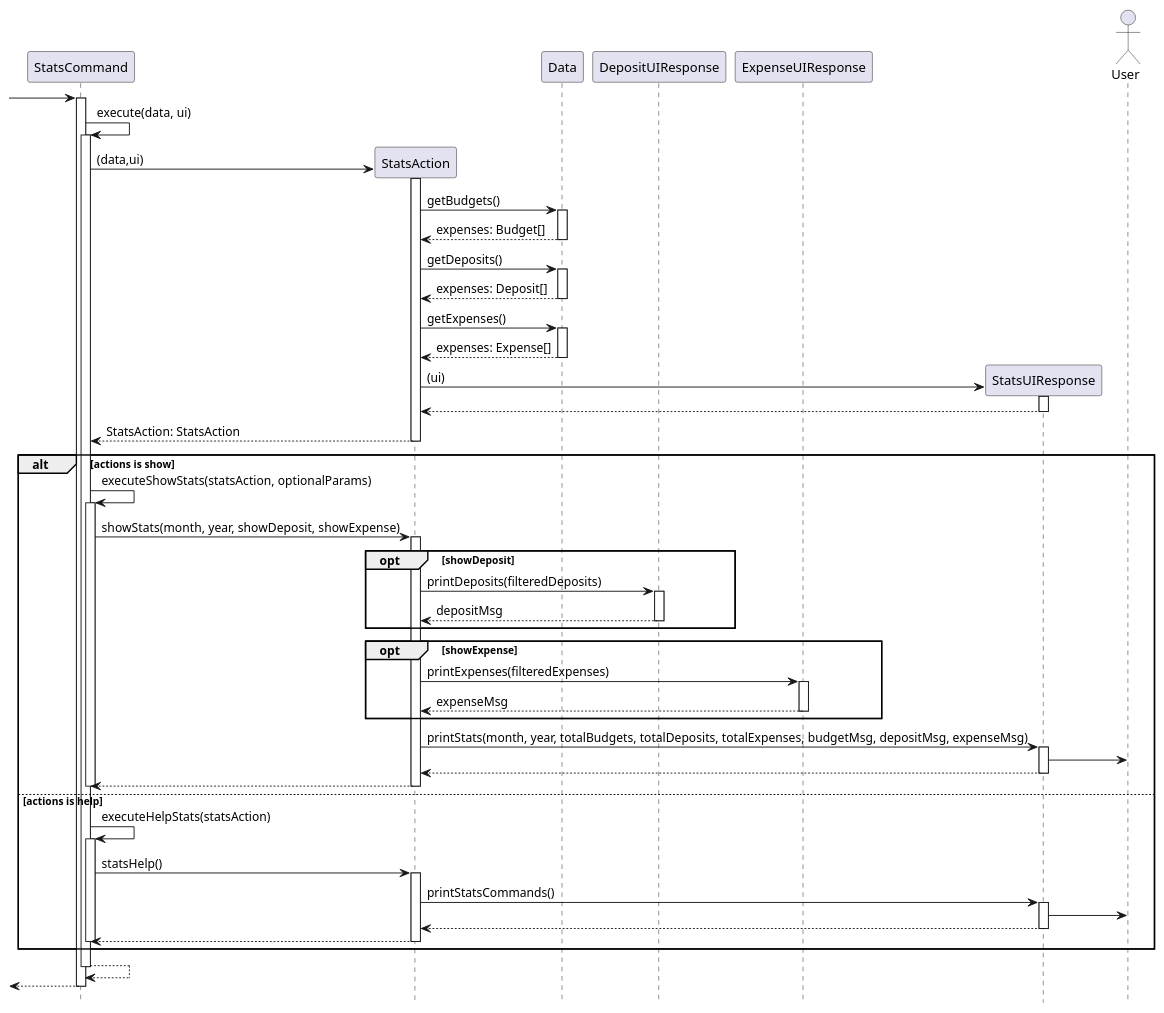
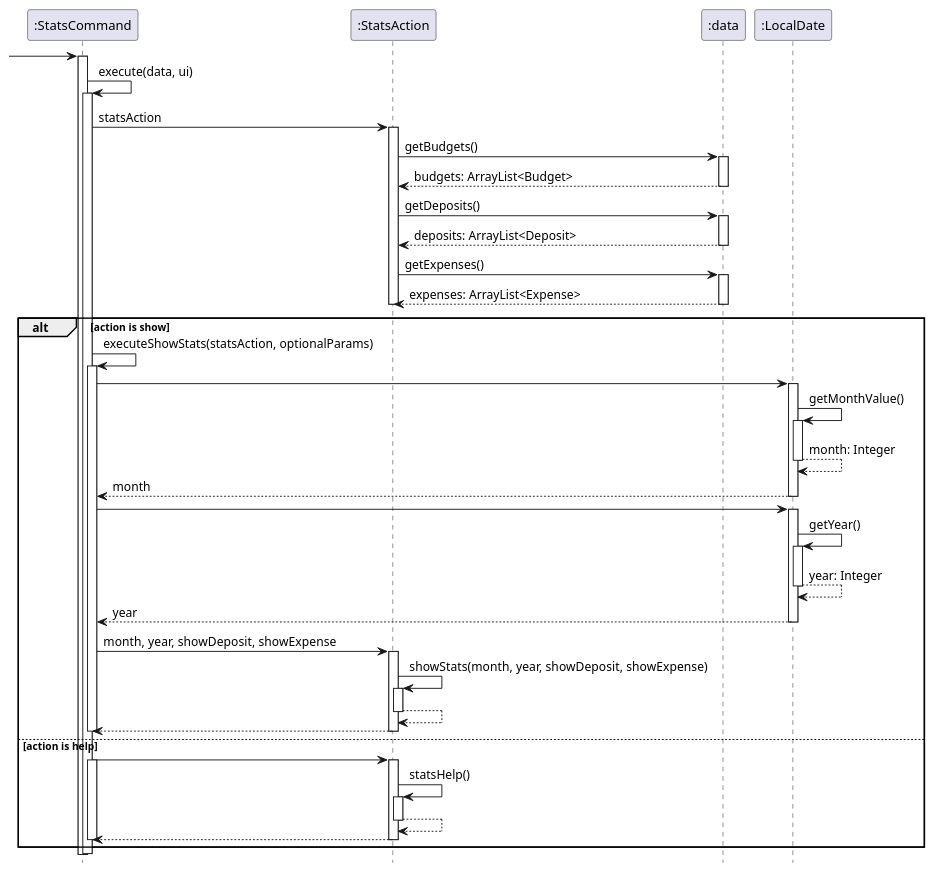
One commit to stephenkyang/tp changed the diagram in docs/diagrams/StatsCommandSequence.puml. Above: the diagram before and after it, drawn with PlantUML. The commit also changed 9 other files, not shown here.

```diff
--- a/docs/diagrams/StatsCommandSequence.puml
+++ b/docs/diagrams/StatsCommandSequence.puml
@@ -1,86 +1,79 @@
 @startuml
 
 hide footbox
 
-participant StatsCommand
-participant StatsAction
-participant Data
-participant DepositUIResponse
-participant ExpenseUIResponse
-participant StatsUIResponse
-actor User
+ -> ":StatsCommand":
 
- -> "StatsCommand":
+activate ":StatsCommand"
+":StatsCommand" -> ":StatsCommand": execute(data, ui)
+activate  ":StatsCommand"
+":StatsCommand" -> ":StatsAction" :statsAction
+activate ":StatsAction"
 
-activate "StatsCommand"
-"StatsCommand" -> "StatsCommand": execute(data, ui)
-activate  "StatsCommand"
-deactivate "Data"
-
-"StatsCommand" -> "StatsAction" ** : (data,ui)
-activate "StatsAction"
-
-"StatsAction" -> "Data": getBudgets()
-activate "Data"
-return expenses: Budget[]
-"StatsAction" -> "Data": getDeposits()
-activate "Data"
-return expenses: Deposit[]
-"StatsAction" -> "Data": getExpenses()
-activate "Data"
-return expenses: Expense[]
-
-"StatsAction" -> "StatsUIResponse" ** : (ui)
-activate "StatsUIResponse"
-"StatsUIResponse" --> "StatsAction"
-deactivate "StatsUIResponse"
-
-return StatsAction: StatsAction
-deactivate "StatsAction"
+":StatsAction" -> ":data" :getBudgets()
+activate ":data"
+return budgets: ArrayList<Budget>
+deactivate ":data"
+":StatsAction" -> ":data" :getDeposits()
+activate ":data"
+return deposits: ArrayList<Deposit>
+deactivate ":data"
+":StatsAction" -> ":data" :getExpenses()
+activate ":data"
+return expenses: ArrayList<Expense>
+deactivate ":data"
 
 
-alt actions is show
-"StatsCommand" -> "StatsCommand": executeShowStats(statsAction, optionalParams)
-activate "StatsCommand"
-"StatsCommand" -> "StatsAction" : showStats(month, year, showDeposit, showExpense)
-activate "StatsAction"
+deactivate ":StatsAction"
 
-opt showDeposit
-"StatsAction" -> "DepositUIResponse": printDeposits(filteredDeposits)
-activate "DepositUIResponse"
-return depositMsg
-end
 
-opt showExpense
-"StatsAction" -> "ExpenseUIResponse": printExpenses(filteredExpenses)
-activate "ExpenseUIResponse"
-return expenseMsg
-end
 
-"StatsAction" -> "StatsUIResponse" : printStats(month, year, totalBudgets, totalDeposits, totalExpenses, budgetMsg, depositMsg, expenseMsg)
-activate "StatsUIResponse"
-"StatsUIResponse" -> User
+alt action is show
+":StatsCommand" -> ":StatsCommand" :executeShowStats(statsAction, optionalParams)
+activate ":StatsCommand"
+
+
+":StatsCommand" -> ":LocalDate":
+activate ":LocalDate"
+":LocalDate" -> ":LocalDate": getMonthValue()
+activate ":LocalDate"
+return month: Integer
+return month
+
+
+":StatsCommand" -> ":LocalDate":
+activate ":LocalDate"
+":LocalDate" -> ":LocalDate": getYear()
+activate ":LocalDate"
+return year: Integer
+return year
+
+":StatsCommand" -> ":StatsAction" :month, year, showDeposit, showExpense
+activate ":StatsAction"
+":StatsAction" -> ":StatsAction" :showStats(month, year, showDeposit, showExpense)
+activate ":StatsAction"
 return
 return
 
-deactivate "StatsCommand"
+deactivate ":StatsCommand"
 
-else actions is help
-"StatsCommand" -> "StatsCommand": executeHelpStats(statsAction)
-activate "StatsCommand"
-"StatsCommand" -> "StatsAction" : statsHelp()
-activate "StatsAction"
-"StatsAction" -> "StatsUIResponse" : printStatsCommands()
-activate "StatsUIResponse"
-"StatsUIResponse" -> User
+else action is help
+":StatsCommand" -> ":StatsAction"
+activate ":StatsCommand"
+activate ":StatsAction"
+":StatsAction" -> ":StatsAction" : statsHelp()
+activate ":StatsAction"
 return
 return
+deactivate ":StatsCommand"
 
-deactivate "StatsCommand"
 end
-"StatsCommand" --> "StatsCommand"
 
-deactivate "StatsCommand"
-<-- "StatsCommand"
-deactivate "StatsCommand"
+
+
+deactivate ":StatsCommand"
+
+
+
+
 @enduml
```
